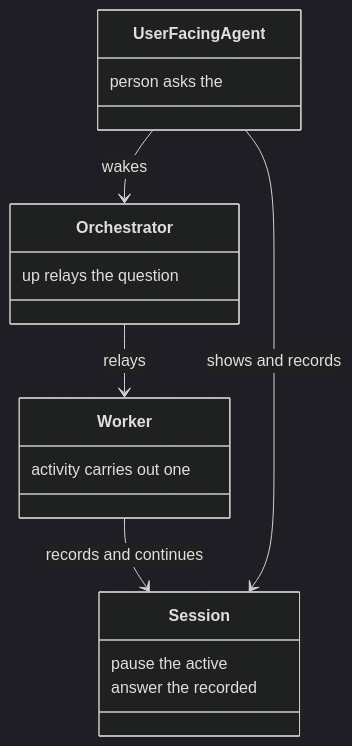
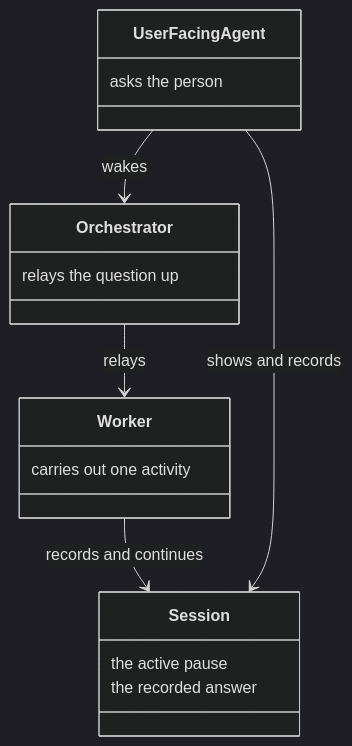
One commit to m2ux/workflow-server changed the second of 22 diagrams in docs/checkpoint.md. Above: the diagram before and after it, drawn with Mermaid (dark theme). The commit also changed other lines of this file and 10 other files, not shown here.

Commit message:
Write each class-box note in reading order so the diagram shows the phrase as written.

````diff
--- a/docs/checkpoint.md
+++ b/docs/checkpoint.md
@@ -34,20 +34,20 @@
 ```mermaid
 classDiagram
   class Worker {
-    activity carries out one
+    carries out one activity
   }
   class Orchestrator {
-    up relays the question
+    relays the question up
   }
   class UserFacingAgent {
-    person asks the
+    asks the person
   }
   class Session {
-    pause the active
-    answer the recorded
+    the active pause
+    the recorded answer
   }
   Worker --> Session : records and continues
   Orchestrator --> Worker : relays
   UserFacingAgent --> Session : shows and records
   UserFacingAgent --> Orchestrator : wakes
 ```
````
